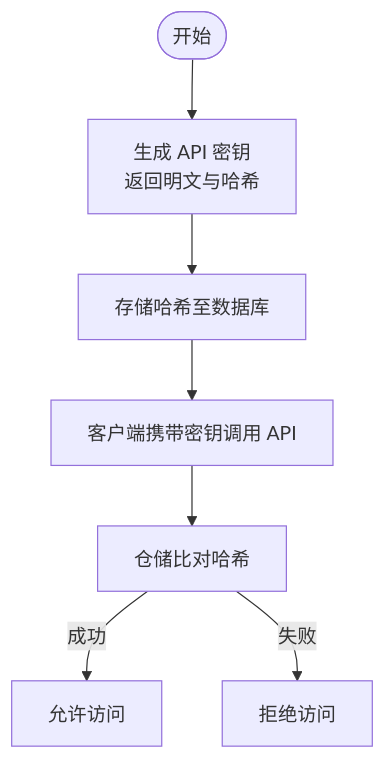
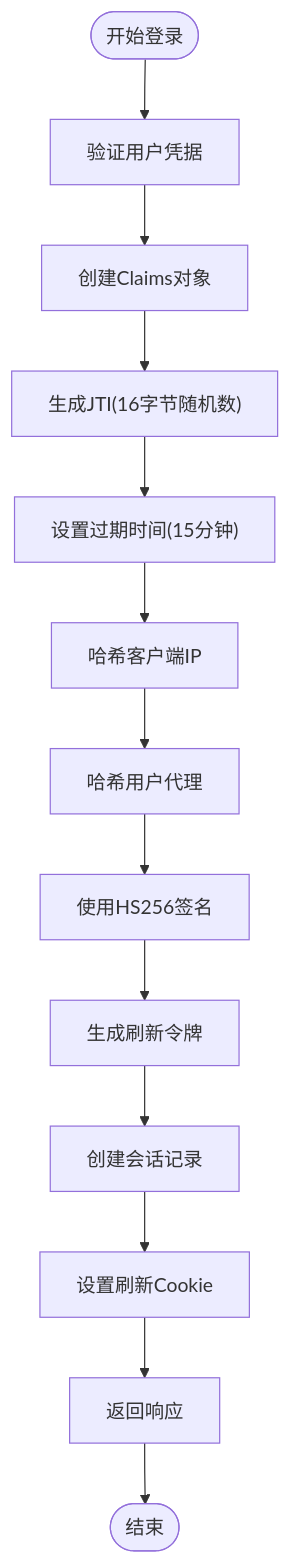
The fifth of 12 diagrams in docs/管理 API 系统/REST API 设计规范/认证授权机制.md (x01n/My-OpenWaf), drawn with Mermaid before and after one commit. The commit also changed other lines of this file and 199 other files, not shown here.

````diff
--- a/docs/管理 API 系统/REST API 设计规范/认证授权机制.md
+++ b/docs/管理 API 系统/REST API 设计规范/认证授权机制.md
@@ -224,9 +178,15 @@
 ```mermaid
 flowchart TD
-Start(["开始"]) --> Gen["生成 API 密钥<br/>返回明文与哈希"]
-Gen --> Store["存储哈希至数据库"]
-Store --> Use["客户端携带密钥调用 API"]
-Use --> Verify["仓储比对哈希"]
-Verify --> |成功| Allow["允许访问"]
-Verify --> |失败| Deny["拒绝访问"]
+Start([开始登录]) --> ValidateCreds["验证用户凭据"]
+ValidateCreds --> CreateClaims["创建Claims对象"]
+CreateClaims --> GenJTI["生成JTI(16字节随机数)"]
+GenJTI --> SetExpiry["设置过期时间(15分钟)"]
+SetExpiry --> HashIP["哈希客户端IP"]
+HashIP --> HashUA["哈希用户代理"]
+HashUA --> SignToken["使用HS256签名"]
+SignToken --> StoreRT["生成刷新令牌"]
+StoreRT --> CreateSession["创建会话记录"]
+CreateSession --> SetCookie["设置刷新Cookie"]
+SetCookie --> ReturnResp["返回响应"]
+ReturnResp --> End([结束])
 ```
````
